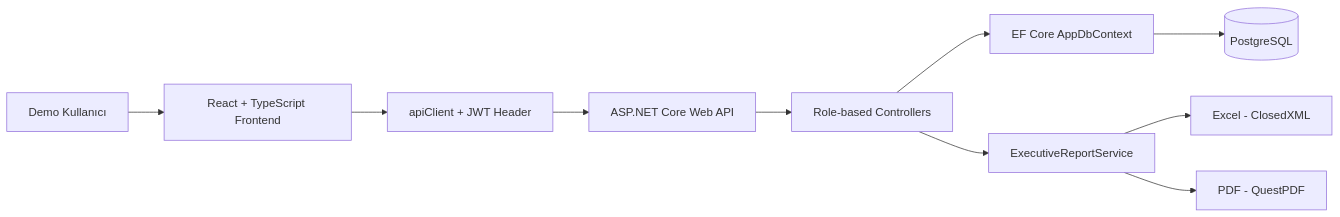
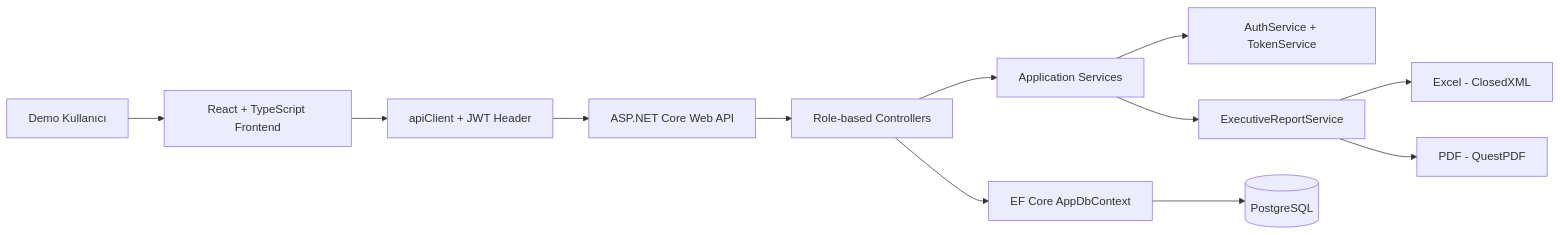
One commit to alisuntur/staj-project changed the diagram in README.md. Above: the diagram before and after it, drawn with Mermaid. The commit also changed other lines of this file and 33 other files, not shown here.

````diff
--- a/README.md
+++ b/README.md
@@ -37,12 +39,14 @@
 ```mermaid
 flowchart LR
   U[Demo Kullanıcı] --> F[React + TypeScript Frontend]
   F --> A[apiClient + JWT Header]
   A --> B[ASP.NET Core Web API]
   B --> C[Role-based Controllers]
+  C --> S[Application Services]
+  S --> AUTH[AuthService + TokenService]
+  S --> REP[ExecutiveReportService]
   C --> D[EF Core AppDbContext]
   D --> E[(PostgreSQL)]
-  C --> R[ExecutiveReportService]
-  R --> X[Excel - ClosedXML]
-  R --> P[PDF - QuestPDF]
+  REP --> X[Excel - ClosedXML]
+  REP --> P[PDF - QuestPDF]
 ```
````
